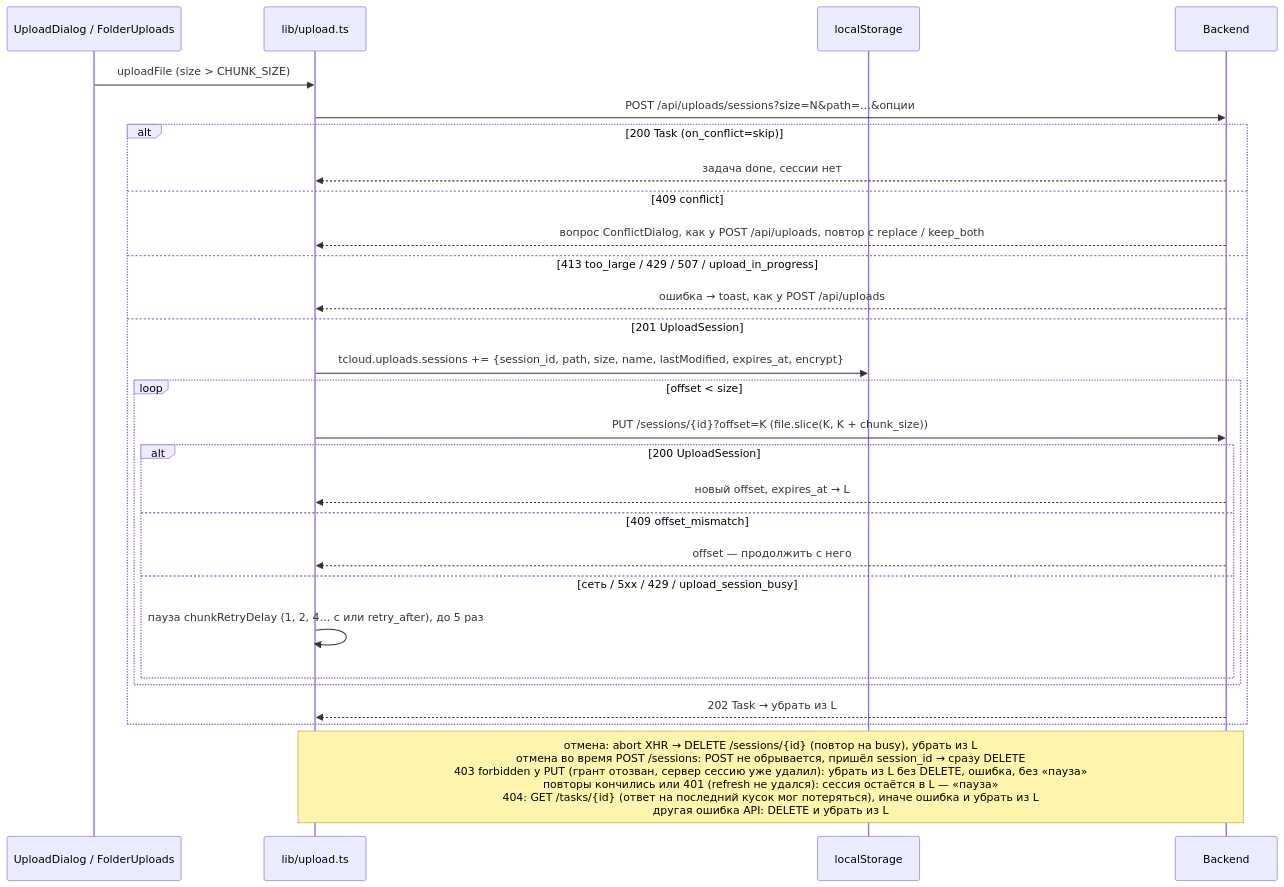
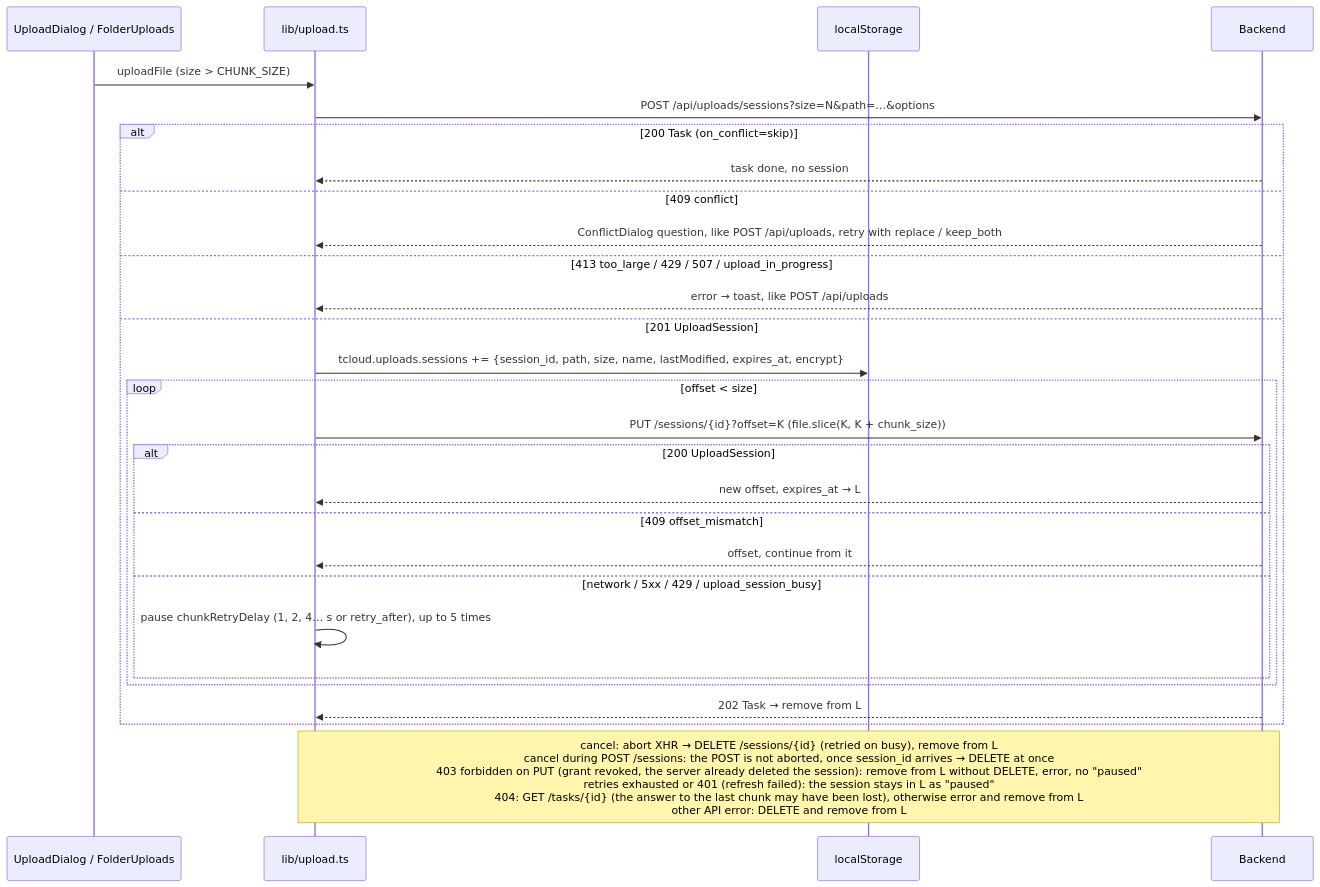
One commit to NikitkaZXC/tcloud-frontend changed the third of 7 diagrams in docs/uploads-and-tasks.md. Above: the diagram before and after it, drawn with Mermaid. The commit also changed other lines of this file and 8 other files, not shown here.

````diff
--- a/docs/uploads-and-tasks.md
+++ b/docs/uploads-and-tasks.md
@@ -116,30 +121,30 @@
 ```mermaid
 sequenceDiagram
     participant D as UploadDialog / FolderUploads
     participant U as lib/upload.ts
     participant L as localStorage
     participant B as Backend
     D->>U: uploadFile (size > CHUNK_SIZE)
-    U->>B: POST /api/uploads/sessions?size=N&path=…&опции
+    U->>B: POST /api/uploads/sessions?size=N&path=…&options
     alt 200 Task (on_conflict=skip)
-        B-->>U: задача done, сессии нет
+        B-->>U: task done, no session
     else 409 conflict
-        B-->>U: вопрос ConflictDialog, как у POST /api/uploads, повтор с replace / keep_both
+        B-->>U: ConflictDialog question, like POST /api/uploads, retry with replace / keep_both
     else 413 too_large / 429 / 507 / upload_in_progress
-        B-->>U: ошибка → toast, как у POST /api/uploads
+        B-->>U: error → toast, like POST /api/uploads
     else 201 UploadSession
         U->>L: tcloud.uploads.sessions += {session_id, path, size, name, lastModified, expires_at, encrypt}
         loop offset < size
             U->>B: PUT /sessions/{id}?offset=K (file.slice(K, K + chunk_size))
             alt 200 UploadSession
-                B-->>U: новый offset, expires_at → L
+                B-->>U: new offset, expires_at → L
             else 409 offset_mismatch
-                B-->>U: offset — продолжить с него
-            else сеть / 5xx / 429 / upload_session_busy
-                U->>U: пауза chunkRetryDelay (1, 2, 4… с или retry_after), до 5 раз
+                B-->>U: offset, continue from it
+            else network / 5xx / 429 / upload_session_busy
+                U->>U: pause chunkRetryDelay (1, 2, 4… s or retry_after), up to 5 times
             end
         end
-        B-->>U: 202 Task → убрать из L
+        B-->>U: 202 Task → remove from L
     end
-    Note over U,B: отмена: abort XHR → DELETE /sessions/{id} (повтор на busy), убрать из L<br/>отмена во время POST /sessions: POST не обрывается, пришёл session_id → сразу DELETE<br/>403 forbidden у PUT (грант отозван, сервер сессию уже удалил): убрать из L без DELETE, ошибка, без «пауза»<br/>повторы кончились или 401 (refresh не удался): сессия остаётся в L — «пауза»<br/>404: GET /tasks/{id} (ответ на последний кусок мог потеряться), иначе ошибка и убрать из L<br/>другая ошибка API: DELETE и убрать из L
+    Note over U,B: cancel: abort XHR → DELETE /sessions/{id} (retried on busy), remove from L<br/>cancel during POST /sessions: the POST is not aborted, once session_id arrives → DELETE at once<br/>403 forbidden on PUT (grant revoked, the server already deleted the session): remove from L without DELETE, error, no "paused"<br/>retries exhausted or 401 (refresh failed): the session stays in L as "paused"<br/>404: GET /tasks/{id} (the answer to the last chunk may have been lost), otherwise error and remove from L<br/>other API error: DELETE and remove from L
 ```
````
